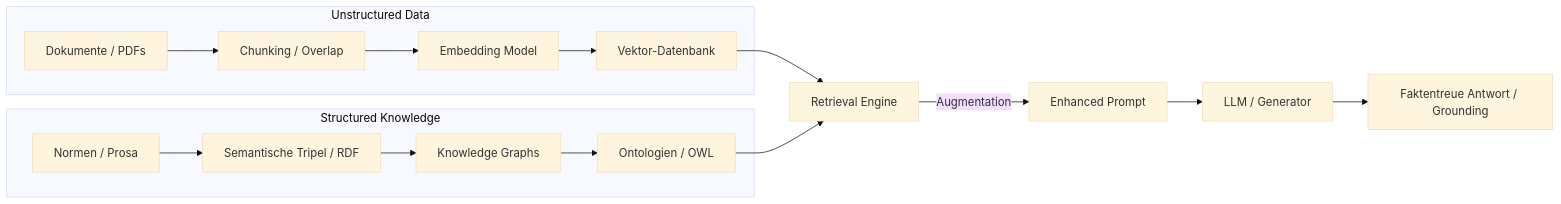
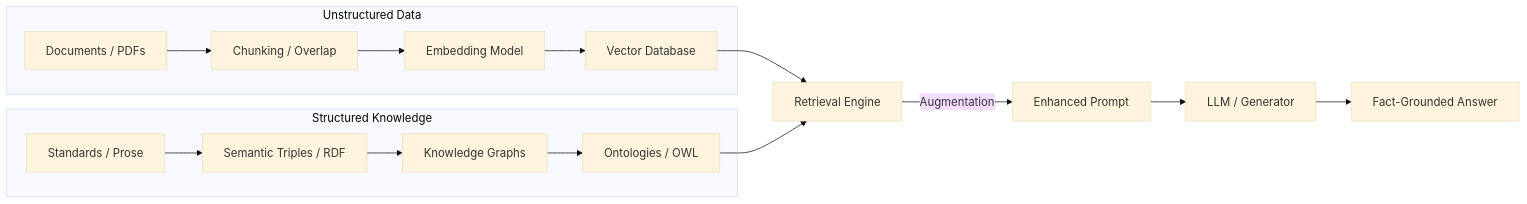
One commit to roger-infanger-weibel/ghostwriter.ai changed diagram 14 of 19 in glossary/rendered/AI-Glossary.md. Above: the diagram before and after it, drawn with Mermaid (base theme). The commit also changed other lines of this file and 24 other files, not shown here.

````diff
--- a/glossary/rendered/AI-Glossary.md
+++ b/glossary/rendered/AI-Glossary.md
@@ -450,21 +450,21 @@
 ```mermaid
 graph LR
     subgraph "Unstructured Data"
-        Docs[Dokumente / PDFs] --> Chunk[Chunking / Overlap]
+        Docs[Documents / PDFs] --> Chunk[Chunking / Overlap]
         Chunk --> Emb[Embedding Model]
-        Emb --> VDB[Vektor-Datenbank]
+        Emb --> VDB[Vector Database]
     end
-    
+
     subgraph "Structured Knowledge"
-        Norms[Normen / Prosa] --> Triple[Semantische Tripel / RDF]
+        Norms[Standards / Prose] --> Triple[Semantic Triples / RDF]
         Triple --> KG[Knowledge Graphs]
-        KG --> Ont[Ontologien / OWL]
+        KG --> Ont[Ontologies / OWL]
     end
-    
+
     VDB --> Retrieval[Retrieval Engine]
     Ont --> Retrieval
-    
+
     Retrieval -- "Augmentation" --> Prompt[Enhanced Prompt]
     Prompt --> LLM[LLM / Generator]
-    LLM --> Fact[Faktentreue Antwort / Grounding]
+    LLM --> Fact[Fact-Grounded Answer]
 ```
````
